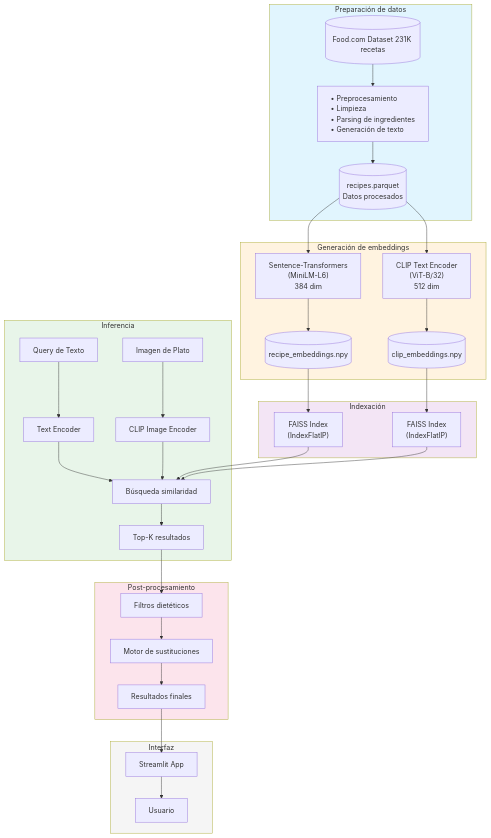
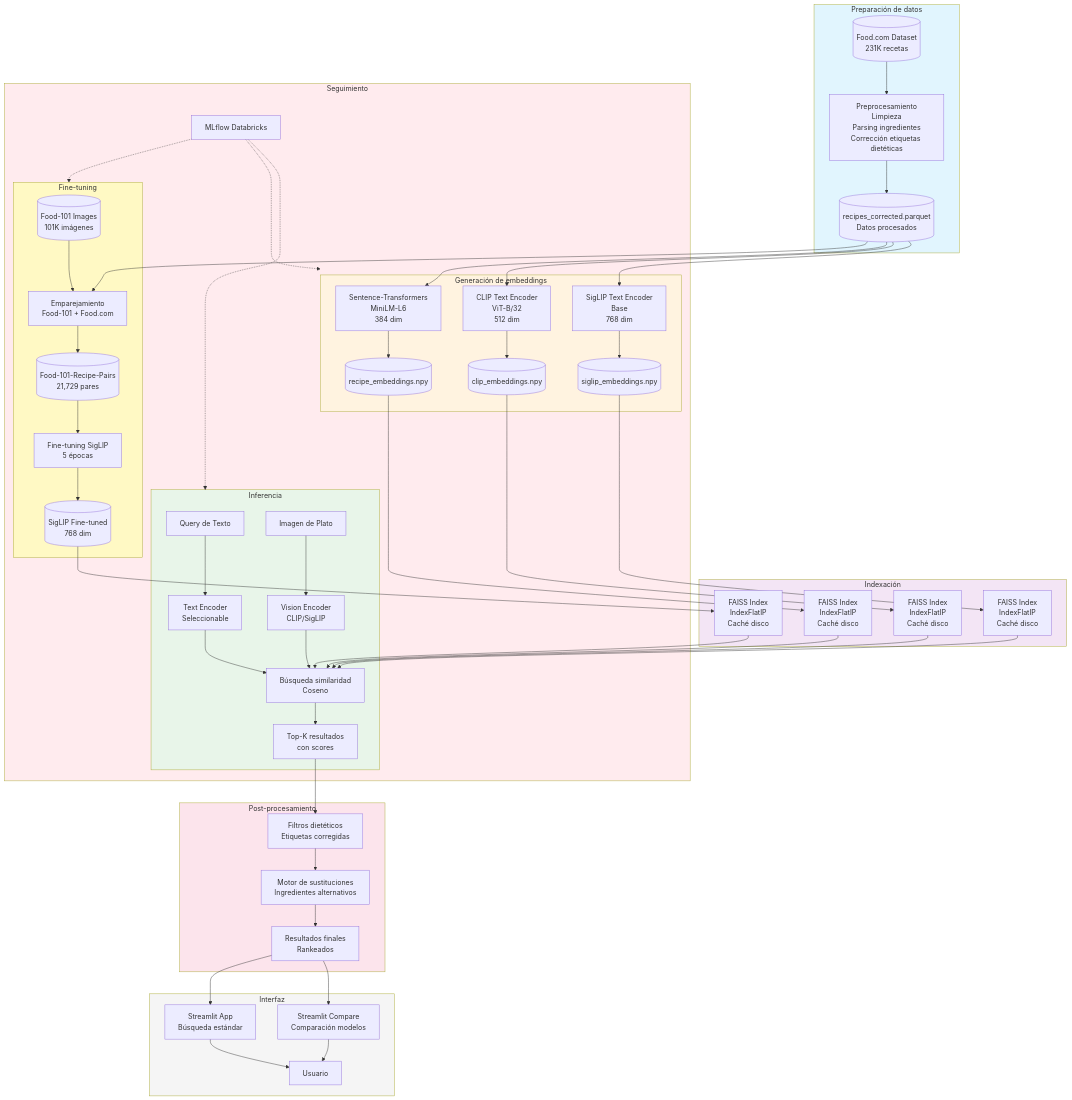
The first of 2 diagrams in README.md (martinbrocca/CEIA-VIT), drawn with Mermaid before and after one commit. The commit also changed other lines of this file and 41 other files, not shown here.

````diff
--- a/README.md
+++ b/README.md
@@ -15,47 +89,71 @@
 ```mermaid
 flowchart TB
     subgraph DATOS[" Preparación de datos"]
-        A[("Food.com Dataset 231K recetas")] --> B["<div style='text-align:left;'>• Preprocesamiento<br>• Limpieza<br>• Parsing de ingredientes<br>• Generación de texto</div>"]
-        B --> C[("recipes.parquet<br>Datos procesados")]
+        A[("Food.com Dataset<br>231K recetas")] --> B["Preprocesamiento<br>Limpieza<br>Parsing ingredientes<br>Corrección etiquetas dietéticas"]
+        B --> C[("recipes_corrected.parquet<br>Datos procesados")]
+    end
+
+    subgraph FINE_TUNE[" Fine-tuning"]
+        FT1[("Food-101 Images<br>101K imágenes")] --> FT2["Emparejamiento<br>Food-101 + Food.com"]
+        C --> FT2
+        FT2 --> FT3[("Food-101-Recipe-Pairs<br>21,729 pares")]
+        FT3 --> FT4["Fine-tuning SigLIP<br>5 épocas"]
+        FT4 --> FT5[("SigLIP Fine-tuned<br>768 dim")]
     end
 
     subgraph EMBEDDINGS[" Generación de embeddings"]
-        C --> D["Sentence-Transformers<br>(MiniLM-L6)<br>384 dim"]
-        C --> E["CLIP Text Encoder<br>(ViT-B/32)<br>512 dim"]
-        D --> F[("recipe_embeddings.npy")]
-        E --> G[("clip_embeddings.npy")]
+        C --> D["Sentence-Transformers<br>MiniLM-L6<br>384 dim"]
+        C --> E["CLIP Text Encoder<br>ViT-B/32<br>512 dim"]
+        C --> G["SigLIP Text Encoder<br>Base<br>768 dim"]
+        D --> H[("recipe_embeddings.npy")]
+        E --> I[("clip_embeddings.npy")]
+        G --> J[("siglip_embeddings.npy")]
     end
 
     subgraph INDEX[" Indexación"]
-        F --> H["FAISS Index<br>(IndexFlatIP)"]
-        G --> I["FAISS Index<br>(IndexFlatIP)"]
+        H --> K["FAISS Index<br>IndexFlatIP<br>Caché disco"]
+        I --> L["FAISS Index<br>IndexFlatIP<br>Caché disco"]
+        J --> M["FAISS Index<br>IndexFlatIP<br>Caché disco"]
+        FT5 --> N["FAISS Index<br>IndexFlatIP<br>Caché disco"]
     end
 
     subgraph INFERENCE[" Inferencia"]
-        J["Query de Texto"] --> K["Text Encoder"]
-        L["Imagen de Plato"] --> M["CLIP Image Encoder"]
-        K --> N["Búsqueda similaridad"]
-        M --> N
-        H --> N
-        I --> N
-        N --> O["Top-K resultados"]
+        Q1["Query de Texto"] --> Q2["Text Encoder<br>Seleccionable"]
+        Q3["Imagen de Plato"] --> Q4["Vision Encoder<br>CLIP/SigLIP"]
+        Q2 --> Q5["Búsqueda similaridad<br>Coseno"]
+        Q4 --> Q5
+        K --> Q5
+        L --> Q5
+        M --> Q5
+        N --> Q5
+        Q5 --> Q6["Top-K resultados<br>con scores"]
     end
 
     subgraph POSTPROCESS[" Post-procesamiento"]
-        O --> P["Filtros dietéticos"]
-        P --> Q["Motor de sustituciones"]
-        Q --> R["Resultados finales"]
+        Q6 --> R["Filtros dietéticos<br>Etiquetas corregidas"]
+        R --> S["Motor de sustituciones<br>Ingredientes alternativos"]
+        S --> T["Resultados finales<br>Rankeados"]
     end
 
     subgraph UI[" Interfaz"]
-        R --> S["Streamlit App"]
-        S --> T["Usuario"]
+        T --> U1["Streamlit App<br>Búsqueda estándar"]
+        T --> U2["Streamlit Compare<br>Comparación modelos"]
+        U1 --> V["Usuario"]
+        U2 --> V
+    end
+
+    subgraph TRACKING[" Seguimiento"]
+        W["MLflow Databricks"] -.-> FINE_TUNE
+        W -.-> EMBEDDINGS
+        W -.-> INFERENCE
     end
 
     style DATOS fill:#e1f5fe
+    style FINE_TUNE fill:#fff9c4
     style EMBEDDINGS fill:#fff3e0
     style INDEX fill:#f3e5f5
     style INFERENCE fill:#e8f5e9
     style POSTPROCESS fill:#fce4ec
     style UI fill:#f5f5f5
+    style TRACKING fill:#ffebee
 ```
````
